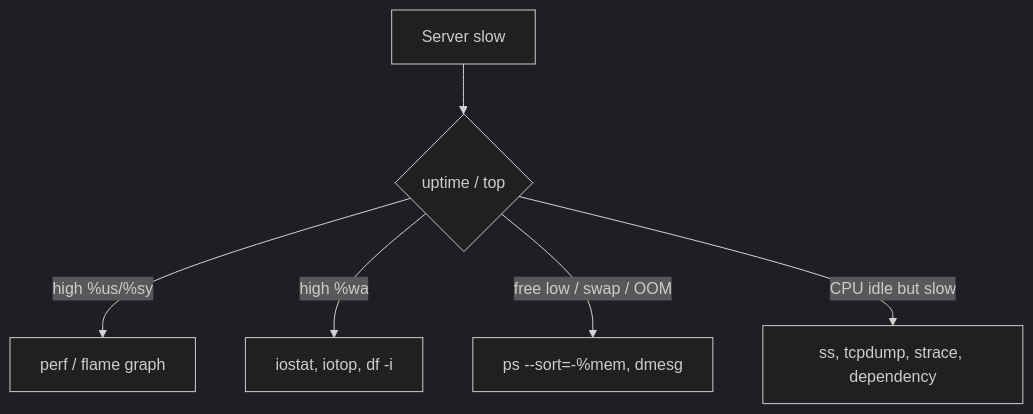
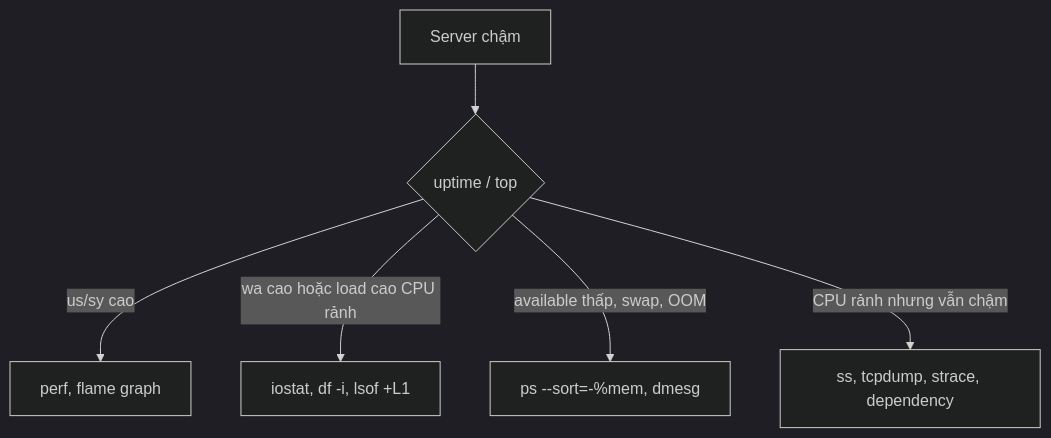
The diagram in src/assets/knowledge/playbooks/fundamentals/linux-debugging-toolbox.md (passion-Infinity/personal-tech-playbook), drawn with Mermaid (dark theme) before and after one commit. The commit also changed other lines of this file and 5 other files, not shown here.

````diff
--- a/src/assets/knowledge/playbooks/fundamentals/linux-debugging-toolbox.md
+++ b/src/assets/knowledge/playbooks/fundamentals/linux-debugging-toolbox.md
@@ -24,8 +39,8 @@
 ```mermaid
 flowchart TD
-    S[Server slow] --> L{"uptime / top"}
-    L -->|"high %us/%sy"| CPU["perf / flame graph"]
-    L -->|"high %wa"| IO["iostat, iotop, df -i"]
-    L -->|"free low / swap / OOM"| MEM["ps --sort=-%mem, dmesg"]
-    L -->|"CPU idle but slow"| NET["ss, tcpdump, strace, dependency"]
+    S["Server chậm"] --> L{"uptime / top"}
+    L -->|"us/sy cao"| CPU["perf, flame graph"]
+    L -->|"wa cao hoặc load cao CPU rảnh"| IO["iostat, df -i, lsof +L1"]
+    L -->|"available thấp, swap, OOM"| MEM["ps --sort=-%mem, dmesg"]
+    L -->|"CPU rảnh nhưng vẫn chậm"| NET["ss, tcpdump, strace, dependency"]
 ```
````
